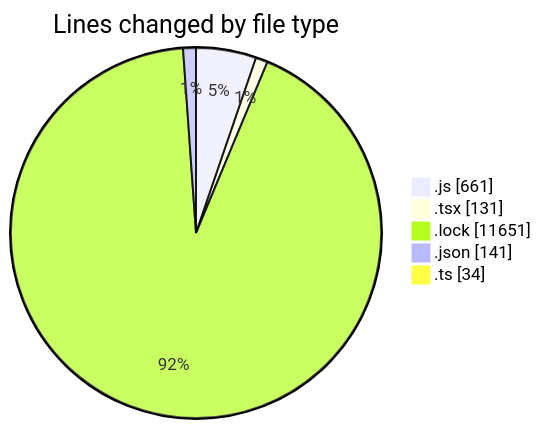
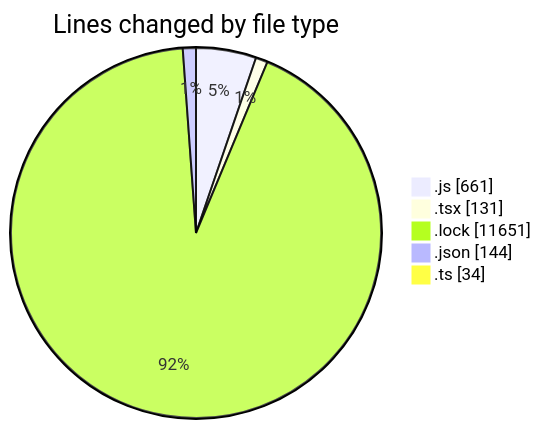
One commit to momahboobian/code-tracking changed the first of 2 diagrams in 2026-01-13/cda/README.md. Above: the diagram before and after it, drawn with Mermaid. The commit also changed other lines of this file and 1 other file, not shown here.

````diff
--- a/2026-01-13/cda/README.md
+++ b/2026-01-13/cda/README.md
@@ -29,9 +29,9 @@
 ```mermaid
 pie showData
 title Lines changed by file type
 ".js" : 661
 ".tsx" : 131
 ".lock" : 11651
-".json" : 141
+".json" : 144
 ".ts" : 34
 ```
````
